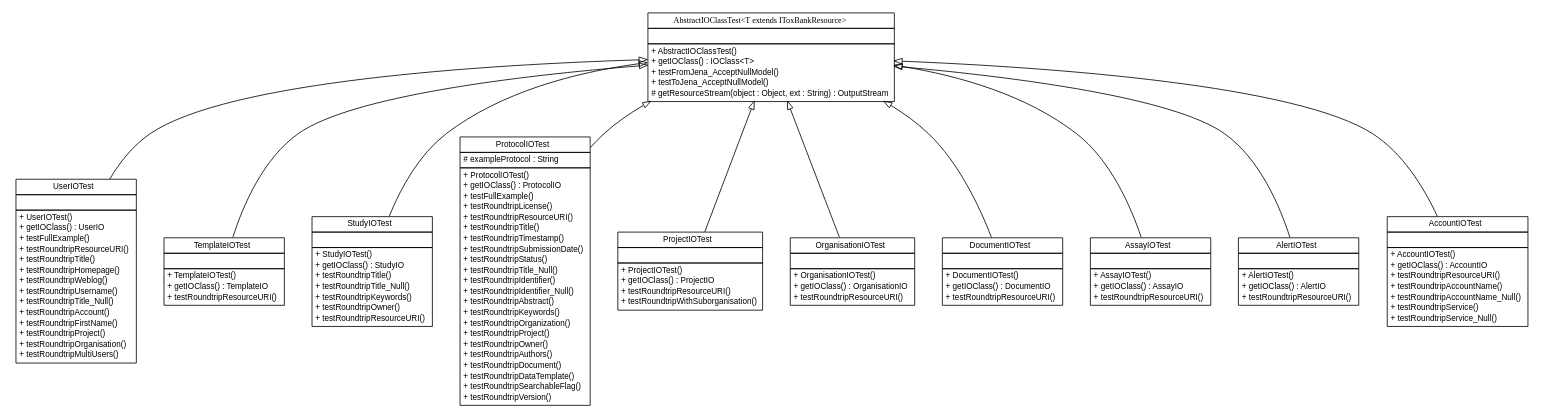
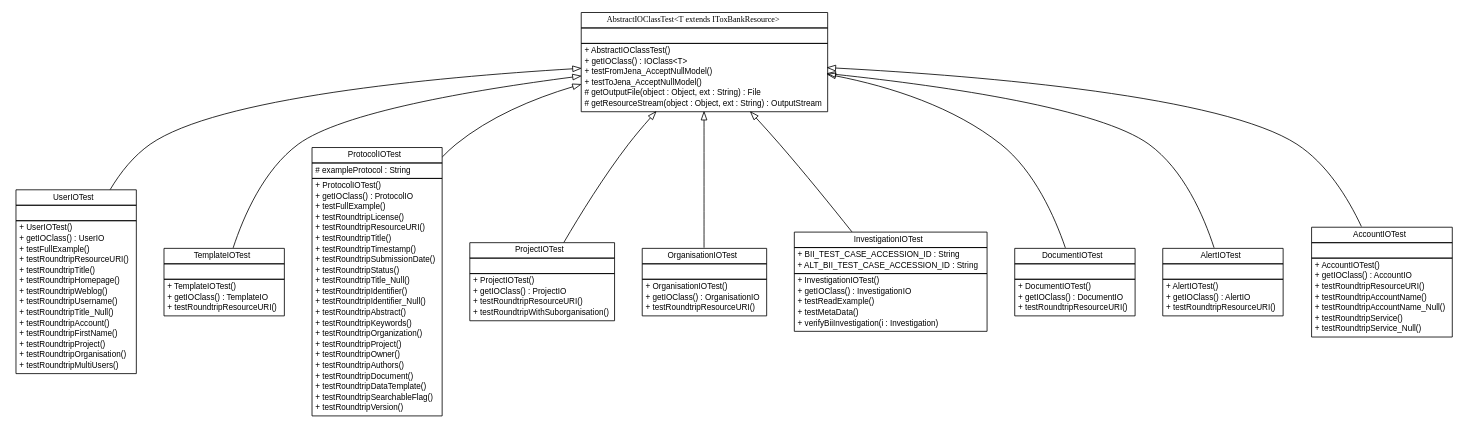
The diagram in testapidocs/net/toxbank/client/io/rdf/net.toxbank.client.io.rdf.dot (ToxBank/toxbank-api-beans), drawn with Graphviz before and after one commit. The commit also changed 536 other files, not shown here.

```diff
--- a/testapidocs/net/toxbank/client/io/rdf/net.toxbank.client.io.rdf.dot
+++ b/testapidocs/net/toxbank/client/io/rdf/net.toxbank.client.io.rdf.dot
@@ -46,26 +46,8 @@
 			<tr><td align="left"> + testRoundtripResourceURI() </td></tr>
 		</table></td></tr>
 		</table>>, fontname="arial", fontcolor="black", fontsize=10.0];
-	// net.toxbank.client.io.rdf.StudyIOTest
-	c2 [label=<<table border="0" cellborder="1" cellspacing="0" cellpadding="2" port="p" href="./StudyIOTest.html">
-		<tr><td><table border="0" cellspacing="0" cellpadding="1">
-			<tr><td> StudyIOTest </td></tr>
-		</table></td></tr>
-		<tr><td><table border="0" cellspacing="0" cellpadding="1">
-			<tr><td align="left">  </td></tr>
-		</table></td></tr>
-		<tr><td><table border="0" cellspacing="0" cellpadding="1">
-			<tr><td align="left"> + StudyIOTest() </td></tr>
-			<tr><td align="left"> + getIOClass() : StudyIO </td></tr>
-			<tr><td align="left"> + testRoundtripTitle() </td></tr>
-			<tr><td align="left"> + testRoundtripTitle_Null() </td></tr>
-			<tr><td align="left"> + testRoundtripKeywords() </td></tr>
-			<tr><td align="left"> + testRoundtripOwner() </td></tr>
-			<tr><td align="left"> + testRoundtripResourceURI() </td></tr>
-		</table></td></tr>
-		</table>>, fontname="arial", fontcolor="black", fontsize=10.0];
 	// net.toxbank.client.io.rdf.ProtocolIOTest
-	c3 [label=<<table border="0" cellborder="1" cellspacing="0" cellpadding="2" port="p" href="./ProtocolIOTest.html">
+	c2 [label=<<table border="0" cellborder="1" cellspacing="0" cellpadding="2" port="p" href="./ProtocolIOTest.html">
 		<tr><td><table border="0" cellspacing="0" cellpadding="1">
 			<tr><td> ProtocolIOTest </td></tr>
 		</table></td></tr>
@@ -98,7 +80,7 @@
 		</table></td></tr>
 		</table>>, fontname="arial", fontcolor="black", fontsize=10.0];
 	// net.toxbank.client.io.rdf.ProjectIOTest
-	c4 [label=<<table border="0" cellborder="1" cellspacing="0" cellpadding="2" port="p" href="./ProjectIOTest.html">
+	c3 [label=<<table border="0" cellborder="1" cellspacing="0" cellpadding="2" port="p" href="./ProjectIOTest.html">
 		<tr><td><table border="0" cellspacing="0" cellpadding="1">
 			<tr><td> ProjectIOTest </td></tr>
 		</table></td></tr>
@@ -113,7 +95,7 @@
 		</table></td></tr>
 		</table>>, fontname="arial", fontcolor="black", fontsize=10.0];
 	// net.toxbank.client.io.rdf.OrganisationIOTest
-	c5 [label=<<table border="0" cellborder="1" cellspacing="0" cellpadding="2" port="p" href="./OrganisationIOTest.html">
+	c4 [label=<<table border="0" cellborder="1" cellspacing="0" cellpadding="2" port="p" href="./OrganisationIOTest.html">
 		<tr><td><table border="0" cellspacing="0" cellpadding="1">
 			<tr><td> OrganisationIOTest </td></tr>
 		</table></td></tr>
@@ -124,6 +106,23 @@
 			<tr><td align="left"> + OrganisationIOTest() </td></tr>
 			<tr><td align="left"> + getIOClass() : OrganisationIO </td></tr>
 			<tr><td align="left"> + testRoundtripResourceURI() </td></tr>
+		</table></td></tr>
+		</table>>, fontname="arial", fontcolor="black", fontsize=10.0];
+	// net.toxbank.client.io.rdf.InvestigationIOTest
+	c5 [label=<<table border="0" cellborder="1" cellspacing="0" cellpadding="2" port="p" href="./InvestigationIOTest.html">
+		<tr><td><table border="0" cellspacing="0" cellpadding="1">
+			<tr><td> InvestigationIOTest </td></tr>
+		</table></td></tr>
+		<tr><td><table border="0" cellspacing="0" cellpadding="1">
+			<tr><td align="left"> + BII_TEST_CASE_ACCESSION_ID : String </td></tr>
+			<tr><td align="left"> + ALT_BII_TEST_CASE_ACCESSION_ID : String </td></tr>
+		</table></td></tr>
+		<tr><td><table border="0" cellspacing="0" cellpadding="1">
+			<tr><td align="left"> + InvestigationIOTest() </td></tr>
+			<tr><td align="left"> + getIOClass() : InvestigationIO </td></tr>
+			<tr><td align="left"> + testReadExample() </td></tr>
+			<tr><td align="left"> + testMetaData() </td></tr>
+			<tr><td align="left"> + verifyBiiInvestigation(i : Investigation) </td></tr>
 		</table></td></tr>
 		</table>>, fontname="arial", fontcolor="black", fontsize=10.0];
 	// net.toxbank.client.io.rdf.DocumentIOTest
@@ -140,22 +139,8 @@
 			<tr><td align="left"> + testRoundtripResourceURI() </td></tr>
 		</table></td></tr>
 		</table>>, fontname="arial", fontcolor="black", fontsize=10.0];
-	// net.toxbank.client.io.rdf.AssayIOTest
-	c7 [label=<<table border="0" cellborder="1" cellspacing="0" cellpadding="2" port="p" href="./AssayIOTest.html">
-		<tr><td><table border="0" cellspacing="0" cellpadding="1">
-			<tr><td> AssayIOTest </td></tr>
-		</table></td></tr>
-		<tr><td><table border="0" cellspacing="0" cellpadding="1">
-			<tr><td align="left">  </td></tr>
-		</table></td></tr>
-		<tr><td><table border="0" cellspacing="0" cellpadding="1">
-			<tr><td align="left"> + AssayIOTest() </td></tr>
-			<tr><td align="left"> + getIOClass() : AssayIO </td></tr>
-			<tr><td align="left"> + testRoundtripResourceURI() </td></tr>
-		</table></td></tr>
-		</table>>, fontname="arial", fontcolor="black", fontsize=10.0];
 	// net.toxbank.client.io.rdf.AlertIOTest
-	c8 [label=<<table border="0" cellborder="1" cellspacing="0" cellpadding="2" port="p" href="./AlertIOTest.html">
+	c7 [label=<<table border="0" cellborder="1" cellspacing="0" cellpadding="2" port="p" href="./AlertIOTest.html">
 		<tr><td><table border="0" cellspacing="0" cellpadding="1">
 			<tr><td> AlertIOTest </td></tr>
 		</table></td></tr>
@@ -169,7 +154,7 @@
 		</table></td></tr>
 		</table>>, fontname="arial", fontcolor="black", fontsize=10.0];
 	// net.toxbank.client.io.rdf.AccountIOTest
-	c9 [label=<<table border="0" cellborder="1" cellspacing="0" cellpadding="2" port="p" href="./AccountIOTest.html">
+	c8 [label=<<table border="0" cellborder="1" cellspacing="0" cellpadding="2" port="p" href="./AccountIOTest.html">
 		<tr><td><table border="0" cellspacing="0" cellpadding="1">
 			<tr><td> AccountIOTest </td></tr>
 		</table></td></tr>
@@ -187,7 +172,7 @@
 		</table></td></tr>
 		</table>>, fontname="arial", fontcolor="black", fontsize=10.0];
 	// net.toxbank.client.io.rdf.AbstractIOClassTest<T extends net.toxbank.client.resource.IToxBankResource>
-	c10 [label=<<table border="0" cellborder="1" cellspacing="0" cellpadding="2" port="p" href="./AbstractIOClassTest.html">
+	c9 [label=<<table border="0" cellborder="1" cellspacing="0" cellpadding="2" port="p" href="./AbstractIOClassTest.html">
 		<tr><td><table border="0" cellspacing="0" cellpadding="1">
 			<tr><td><font face="ariali"> AbstractIOClassTest&lt;T extends IToxBankResource&gt; </font></td></tr>
 		</table></td></tr>
@@ -199,27 +184,26 @@
 			<tr><td align="left"> + getIOClass() : IOClass&lt;T&gt; </td></tr>
 			<tr><td align="left"> + testFromJena_AcceptNullModel() </td></tr>
 			<tr><td align="left"> + testToJena_AcceptNullModel() </td></tr>
+			<tr><td align="left"> # getOutputFile(object : Object, ext : String) : File </td></tr>
 			<tr><td align="left"> # getResourceStream(object : Object, ext : String) : OutputStream </td></tr>
 		</table></td></tr>
 		</table>>, fontname="arial", fontcolor="black", fontsize=10.0];
 	//net.toxbank.client.io.rdf.UserIOTest extends net.toxbank.client.io.rdf.AbstractIOClassTest<net.toxbank.client.resource.User>
-	c10:p -> c0:p [dir=back,arrowtail=empty];
+	c9:p -> c0:p [dir=back,arrowtail=empty];
 	//net.toxbank.client.io.rdf.TemplateIOTest extends net.toxbank.client.io.rdf.AbstractIOClassTest<net.toxbank.client.resource.Template>
-	c10:p -> c1:p [dir=back,arrowtail=empty];
-	//net.toxbank.client.io.rdf.StudyIOTest extends net.toxbank.client.io.rdf.AbstractIOClassTest<net.toxbank.client.resource.Study>
-	c10:p -> c2:p [dir=back,arrowtail=empty];
+	c9:p -> c1:p [dir=back,arrowtail=empty];
 	//net.toxbank.client.io.rdf.ProtocolIOTest extends net.toxbank.client.io.rdf.AbstractIOClassTest<net.toxbank.client.resource.Protocol>
-	c10:p -> c3:p [dir=back,arrowtail=empty];
+	c9:p -> c2:p [dir=back,arrowtail=empty];
 	//net.toxbank.client.io.rdf.ProjectIOTest extends net.toxbank.client.io.rdf.AbstractIOClassTest<net.toxbank.client.resource.Project>
-	c10:p -> c4:p [dir=back,arrowtail=empty];
+	c9:p -> c3:p [dir=back,arrowtail=empty];
 	//net.toxbank.client.io.rdf.OrganisationIOTest extends net.toxbank.client.io.rdf.AbstractIOClassTest<net.toxbank.client.resource.Organisation>
-	c10:p -> c5:p [dir=back,arrowtail=empty];
+	c9:p -> c4:p [dir=back,arrowtail=empty];
+	//net.toxbank.client.io.rdf.InvestigationIOTest extends net.toxbank.client.io.rdf.AbstractIOClassTest<net.toxbank.client.resource.Investigation>
+	c9:p -> c5:p [dir=back,arrowtail=empty];
 	//net.toxbank.client.io.rdf.DocumentIOTest extends net.toxbank.client.io.rdf.AbstractIOClassTest<net.toxbank.client.resource.Document>
-	c10:p -> c6:p [dir=back,arrowtail=empty];
-	//net.toxbank.client.io.rdf.AssayIOTest extends net.toxbank.client.io.rdf.AbstractIOClassTest<net.toxbank.client.resource.Assay>
-	c10:p -> c7:p [dir=back,arrowtail=empty];
+	c9:p -> c6:p [dir=back,arrowtail=empty];
 	//net.toxbank.client.io.rdf.AlertIOTest extends net.toxbank.client.io.rdf.AbstractIOClassTest<net.toxbank.client.resource.Alert>
-	c10:p -> c8:p [dir=back,arrowtail=empty];
+	c9:p -> c7:p [dir=back,arrowtail=empty];
 	//net.toxbank.client.io.rdf.AccountIOTest extends net.toxbank.client.io.rdf.AbstractIOClassTest<net.toxbank.client.resource.Account>
-	c10:p -> c9:p [dir=back,arrowtail=empty];
+	c9:p -> c8:p [dir=back,arrowtail=empty];
 }
```
